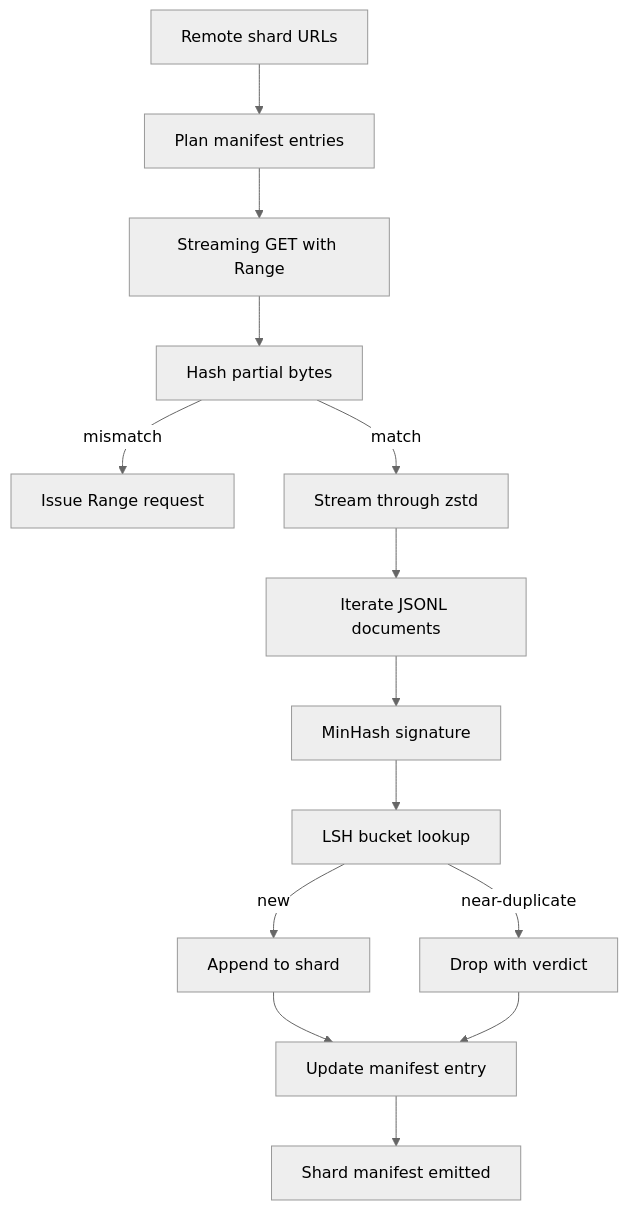
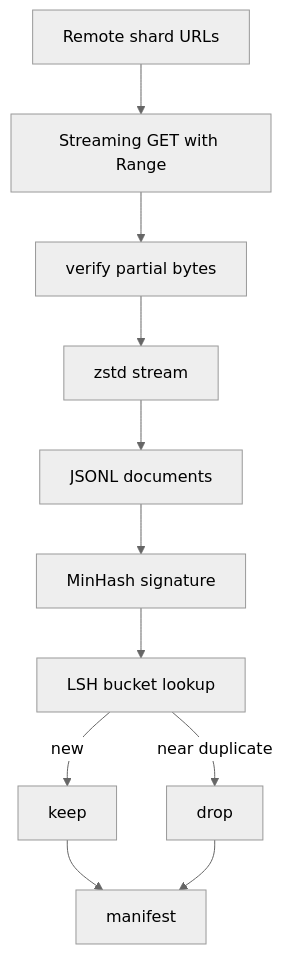
The diagram in phases/19-capstone-projects/42-large-corpus-downloader/docs/en.md (rohitg00/ai-engineering-from-scratch), drawn with Mermaid (neutral theme) before and after one commit. The commit also changed other lines of this file and 1935 other files, not shown here.

````diff
--- a/phases/19-capstone-projects/42-large-corpus-downloader/docs/en.md
+++ b/phases/19-capstone-projects/42-large-corpus-downloader/docs/en.md
@@ -27,16 +25,13 @@
 ```mermaid
 flowchart TD
-  Source[Remote shard URLs] --> Plan[Plan manifest entries]
-  Plan --> Download[Streaming GET with Range]
-  Download --> Verify[Hash partial bytes]
-  Verify -->|mismatch| Resume[Issue Range request]
-  Verify -->|match| Decompress[Stream through zstd]
-  Decompress --> Iterate[Iterate JSONL documents]
+  Source[Remote shard URLs] --> Download[Streaming GET with Range]
+  Download --> Verify[verify partial bytes]
+  Verify --> Decompress[zstd stream]
+  Decompress --> Iterate[JSONL documents]
   Iterate --> Sig[MinHash signature]
   Sig --> Bucket[LSH bucket lookup]
-  Bucket -->|new| Keep[Append to shard]
-  Bucket -->|near-duplicate| Drop[Drop with verdict]
-  Keep --> Manifest[Update manifest entry]
+  Bucket -->|new| Keep[keep]
+  Bucket -->|near duplicate| Drop[drop]
+  Keep --> Manifest[manifest]
   Drop --> Manifest
-  Manifest --> Done[Shard manifest emitted]
 ```
````
